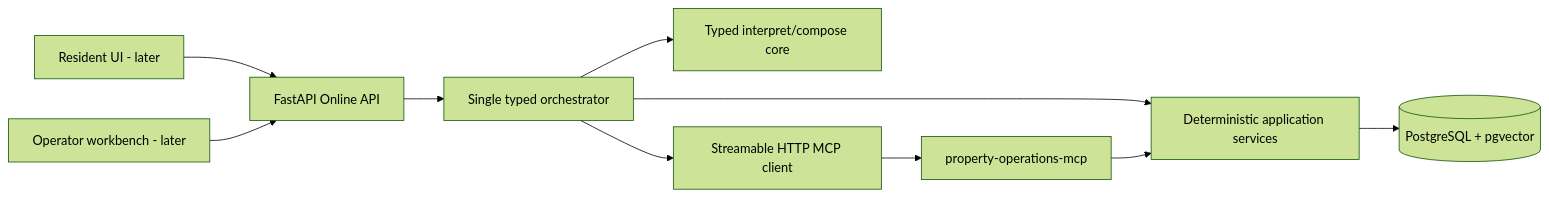
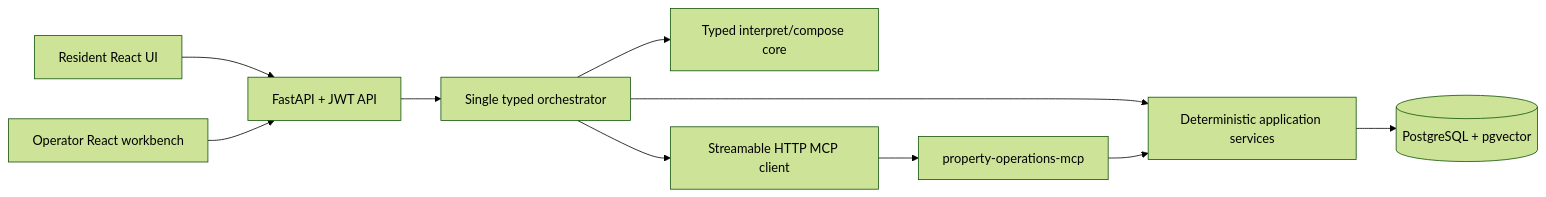
The diagram in docs/ARCHITECTURE.md (zzhou854/fixflow), drawn with Mermaid (forest theme) before and after one commit. The commit also changed other lines of this file and 90 other files, not shown here.

````diff
--- a/docs/ARCHITECTURE.md
+++ b/docs/ARCHITECTURE.md
@@ -5,12 +5,12 @@
 ```mermaid
 flowchart LR
-    Resident["Resident UI - later"] --> API["FastAPI Online API"]
-    Operator["Operator workbench - later"] --> API
+    Resident["Resident React UI"] --> API["FastAPI + JWT API"]
+    Operator["Operator React workbench"] --> API
     API --> Orchestrator["Single typed orchestrator"]
     Orchestrator --> Services["Deterministic application services"]
     Orchestrator --> LLM["Typed interpret/compose core"]
     Orchestrator --> MCPClient["Streamable HTTP MCP client"]
     MCPClient --> MCP["property-operations-mcp"]
     MCP --> Services
     Services --> PostgreSQL[("PostgreSQL + pgvector")]
 ```
````
